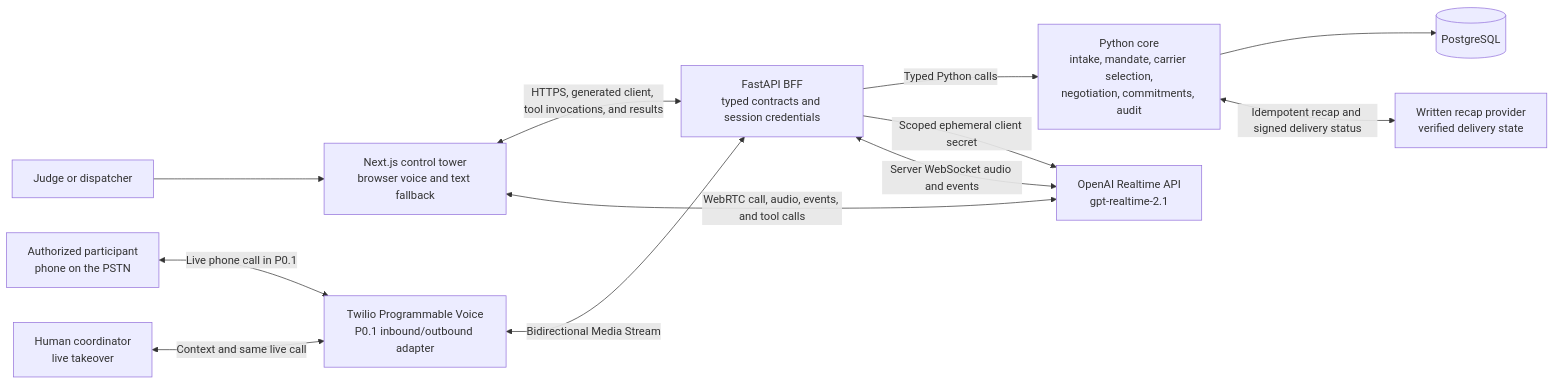
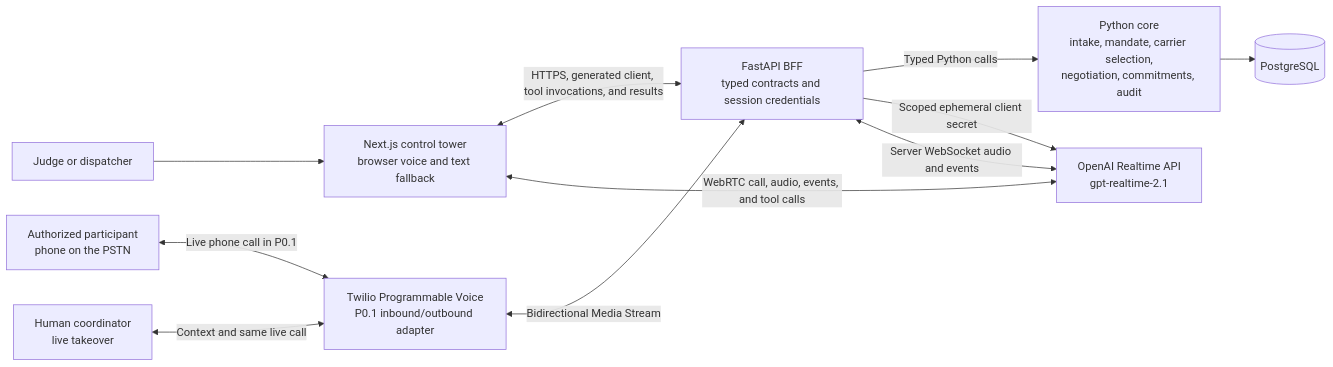
Before and after one commit to rmcosta-lab/yuno-kickstart: the diagram in docs/decisions/challenge-plan.md, drawn with Mermaid. The commit also changed other lines of this file and 3 other files, not shown here.

````diff
--- a/docs/decisions/challenge-plan.md
+++ b/docs/decisions/challenge-plan.md
@@ -185,25 +185,23 @@
 ```mermaid
 flowchart LR
     participant["Judge or dispatcher"]
     browser["Next.js control tower<br/>browser voice and text fallback"]
     api["FastAPI BFF<br/>typed contracts and session credentials"]
     core["Python core<br/>intake, mandate, carrier selection,<br/>negotiation, commitments, audit"]
     postgres[(PostgreSQL)]
     realtime["OpenAI Realtime API<br/>gpt-realtime-2.1"]
-    recap["Written recap provider<br/>verified delivery state"]
     phone["Authorized participant<br/>phone on the PSTN"]
     provider["Twilio Programmable Voice<br/>P0.1 inbound/outbound adapter"]
     coordinator["Human coordinator<br/>live takeover"]
 
     participant --> browser
     browser <-->|"HTTPS, generated client, tool invocations, and results"| api
     api -->|"Typed Python calls"| core
     core --> postgres
     api -->|"Scoped ephemeral client secret"| realtime
     browser <-->|"WebRTC call, audio, events, and tool calls"| realtime
-    core <-->|"Idempotent recap and signed delivery status"| recap
     phone <-->|"Live phone call in P0.1"| provider
     provider <-->|"Bidirectional Media Stream"| api
     api <-->|"Server WebSocket audio and events"| realtime
     coordinator <-->|"Context and same live call"| provider
 ```
````
